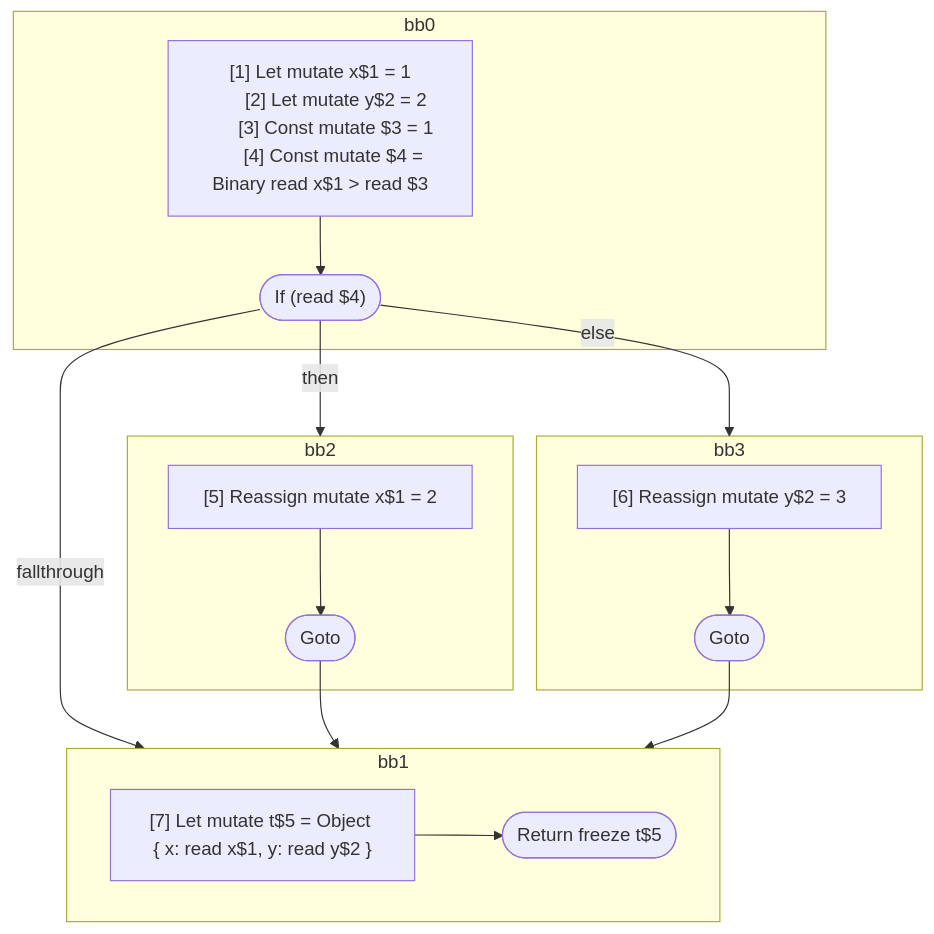
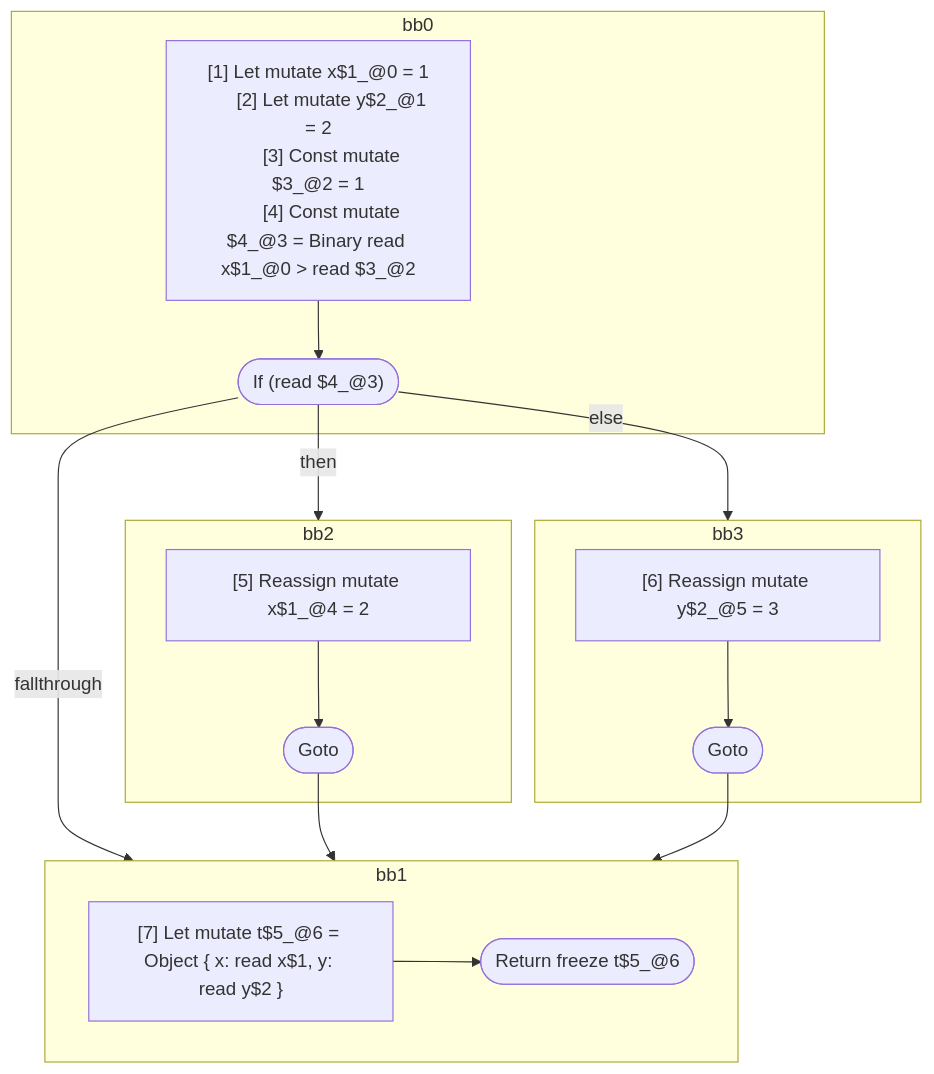
One commit to wutsmog/private changed the diagram in compiler/forget/src/__tests__/fixtures/hir/ssa-objectexpression-phi.expect.md. Above: the diagram before and after it, drawn with Mermaid. The commit also changed other lines of this file and 60 other files, not shown here.

````diff
--- a/compiler/forget/src/__tests__/fixtures/hir/ssa-objectexpression-phi.expect.md
+++ b/compiler/forget/src/__tests__/fixtures/hir/ssa-objectexpression-phi.expect.md
@@ -46,39 +46,39 @@
 ```mermaid
 flowchart TB
   %% Basic Blocks
   subgraph bb0
     bb0_instrs["
-      [1] Let mutate x$1 = 1
-      [2] Let mutate y$2 = 2
-      [3] Const mutate $3 = 1
-      [4] Const mutate $4 = Binary read x$1 > read $3
+      [1] Let mutate x$1_@0 = 1
+      [2] Let mutate y$2_@1 = 2
+      [3] Const mutate $3_@2 = 1
+      [4] Const mutate $4_@3 = Binary read x$1_@0 > read $3_@2
     "]
-    bb0_instrs --> bb0_terminal(["If (read $4)"])
+    bb0_instrs --> bb0_terminal(["If (read $4_@3)"])
   end
   subgraph bb2
     bb2_instrs["
-      [5] Reassign mutate x$1 = 2
+      [5] Reassign mutate x$1_@4 = 2
     "]
     bb2_instrs --> bb2_terminal(["Goto"])
   end
   subgraph bb3
     bb3_instrs["
-      [6] Reassign mutate y$2 = 3
+      [6] Reassign mutate y$2_@5 = 3
     "]
     bb3_instrs --> bb3_terminal(["Goto"])
   end
   subgraph bb1
     bb1_instrs["
-      [7] Let mutate t$5 = Object { x: read x$1, y: read y$2 }
+      [7] Let mutate t$5_@6 = Object { x: read x$1, y: read y$2 }
     "]
-    bb1_instrs --> bb1_terminal(["Return freeze t$5"])
+    bb1_instrs --> bb1_terminal(["Return freeze t$5_@6"])
   end
 
   %% Jumps
   bb0_terminal -- then --> bb2
   bb0_terminal -- else --> bb3
   bb0_terminal -- fallthrough --> bb1
   bb2_terminal --> bb1
   bb3_terminal --> bb1
 
 ```
````
